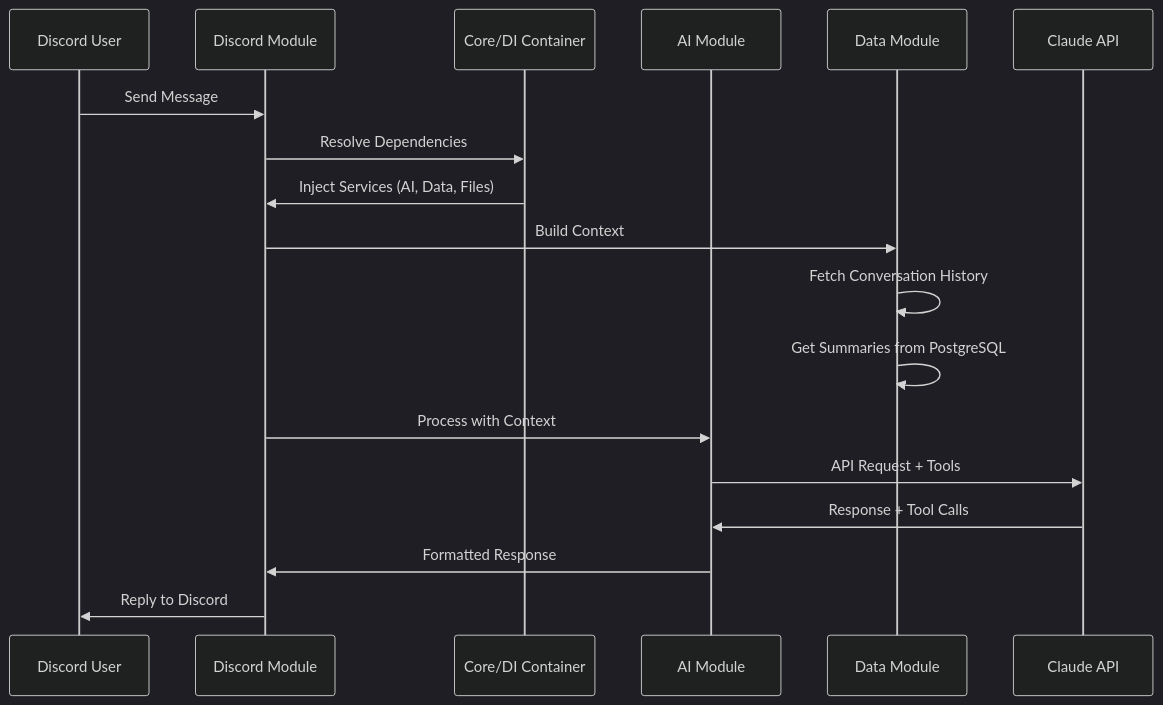
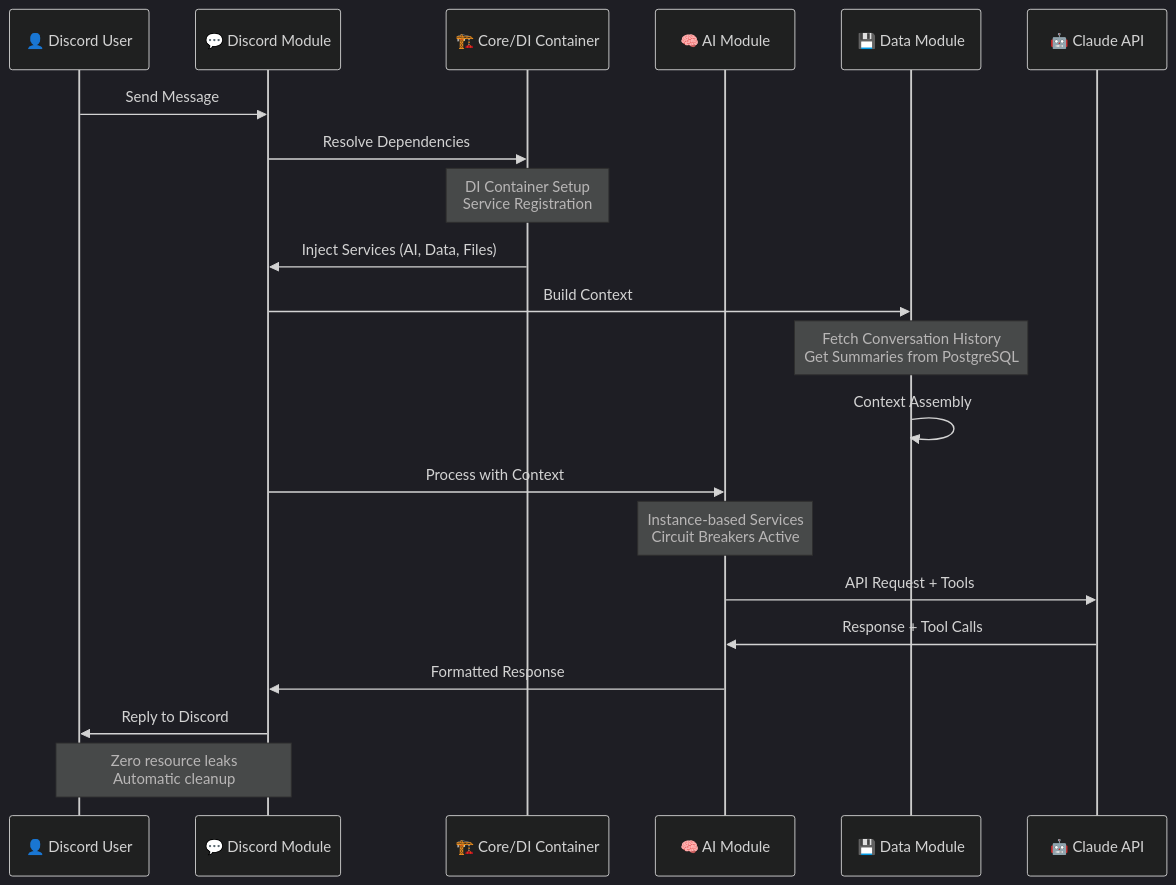
The second of 13 diagrams in README.md (Surebob/discord-claude), drawn with Mermaid (dark theme) before and after one commit. The commit also changed other lines of this file, not shown here.

````diff
--- a/README.md
+++ b/README.md
@@ -106,21 +113,24 @@
 ```mermaid
 sequenceDiagram
-    participant U as Discord User
-    participant D as Discord Module
-    participant C as Core/DI Container
-    participant AI as AI Module
-    participant Data as Data Module
-    participant Claude as Claude API
+    participant U as 👤 Discord User
+    participant D as 💬 Discord Module
+    participant C as 🏗️ Core/DI Container
+    participant AI as 🧠 AI Module
+    participant Data as 💾 Data Module
+    participant Claude as 🤖 Claude API
     
     U->>D: Send Message
     D->>C: Resolve Dependencies
+    Note over C: DI Container Setup<br/>Service Registration
     C->>D: Inject Services (AI, Data, Files)
     D->>Data: Build Context
-    Data->>Data: Fetch Conversation History
-    Data->>Data: Get Summaries from PostgreSQL
+    Note over Data: Fetch Conversation History<br/>Get Summaries from PostgreSQL
+    Data->>Data: Context Assembly
     D->>AI: Process with Context
+    Note over AI: Instance-based Services<br/>Circuit Breakers Active
     AI->>Claude: API Request + Tools
     Claude->>AI: Response + Tool Calls
     AI->>D: Formatted Response
     D->>U: Reply to Discord
+    Note over D,U: Zero resource leaks<br/>Automatic cleanup
 ```
````
